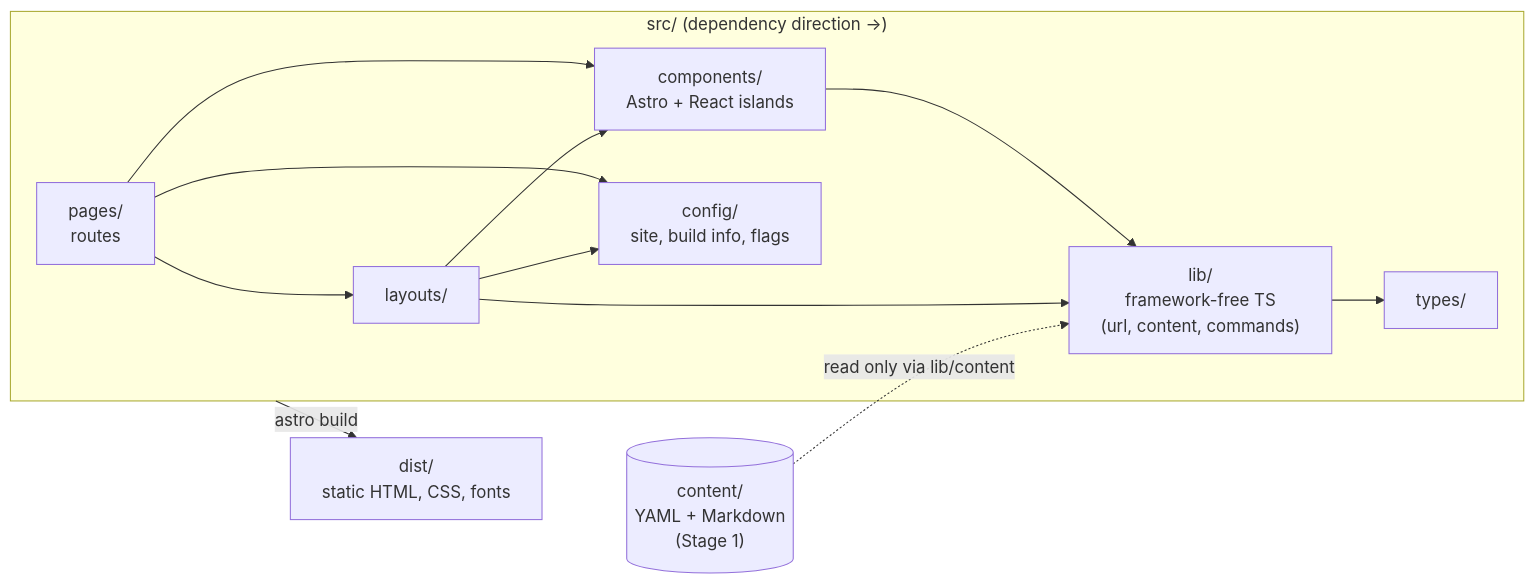
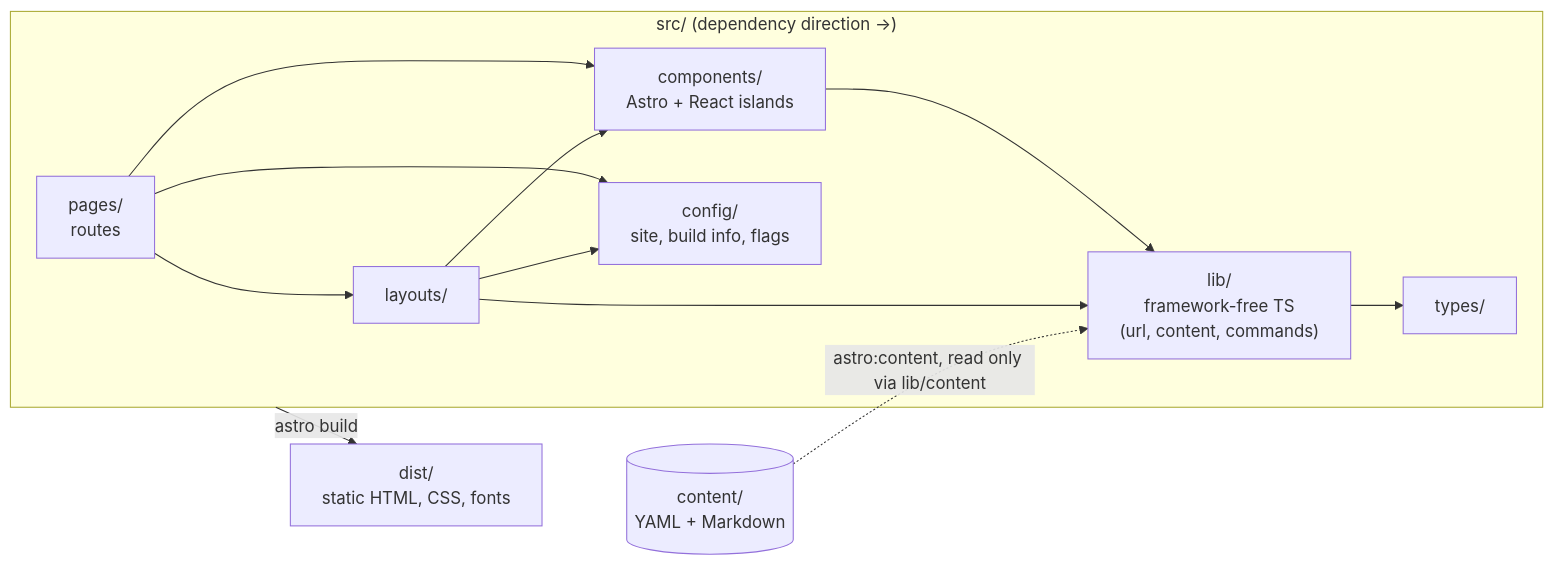
One commit to roarceus/roarceus.github.io changed the first of 2 diagrams in README.md. Above: the diagram before and after it, drawn with Mermaid. The commit also changed other lines of this file and 28 other files, not shown here.

First line of the commit message:
feat(content): add content schemas and query helpers (#41)

````diff
--- a/README.md
+++ b/README.md
@@ -47,16 +47,16 @@
 ```mermaid
 flowchart LR
   subgraph src["src/ (dependency direction →)"]
     pages["pages/<br/>routes"] --> layouts["layouts/"]
     pages --> components["components/<br/>Astro + React islands"]
     layouts --> components
     components --> lib["lib/<br/>framework-free TS<br/>(url, content, commands)"]
     layouts --> lib
     lib --> types["types/"]
     config["config/<br/>site, build info, flags"]
     pages --> config
     layouts --> config
   end
-  content[("content/<br/>YAML + Markdown<br/>(Stage 1)")] -.->|read only via lib/content| lib
+  content[("content/<br/>YAML + Markdown")] -.->|astro:content, read only via lib/content| lib
   src -->|astro build| dist["dist/<br/>static HTML, CSS, fonts"]
 ```
````
